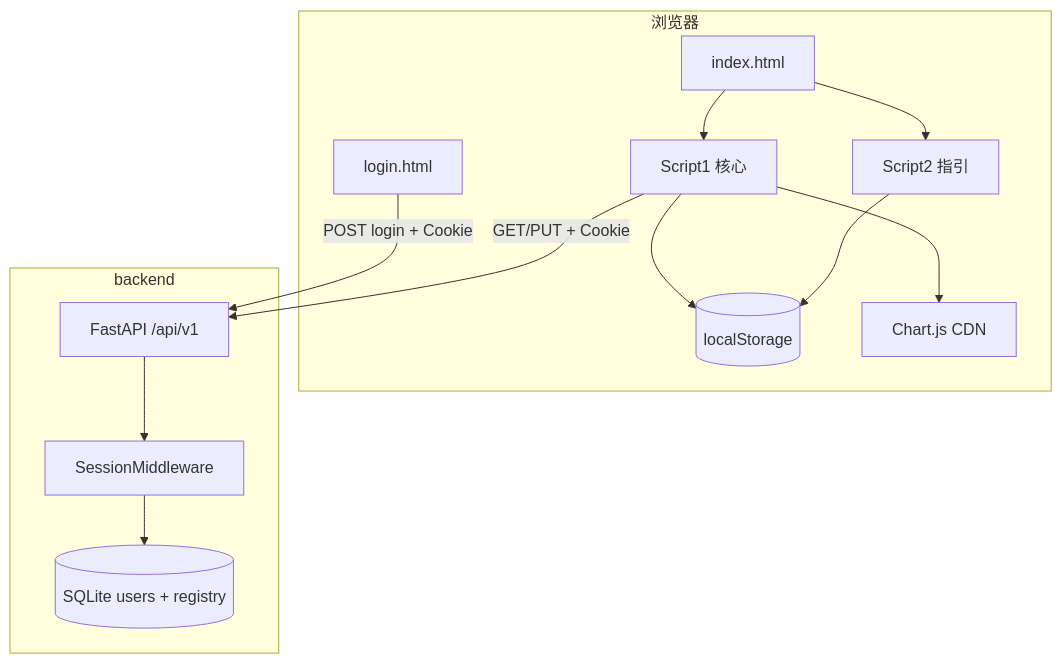
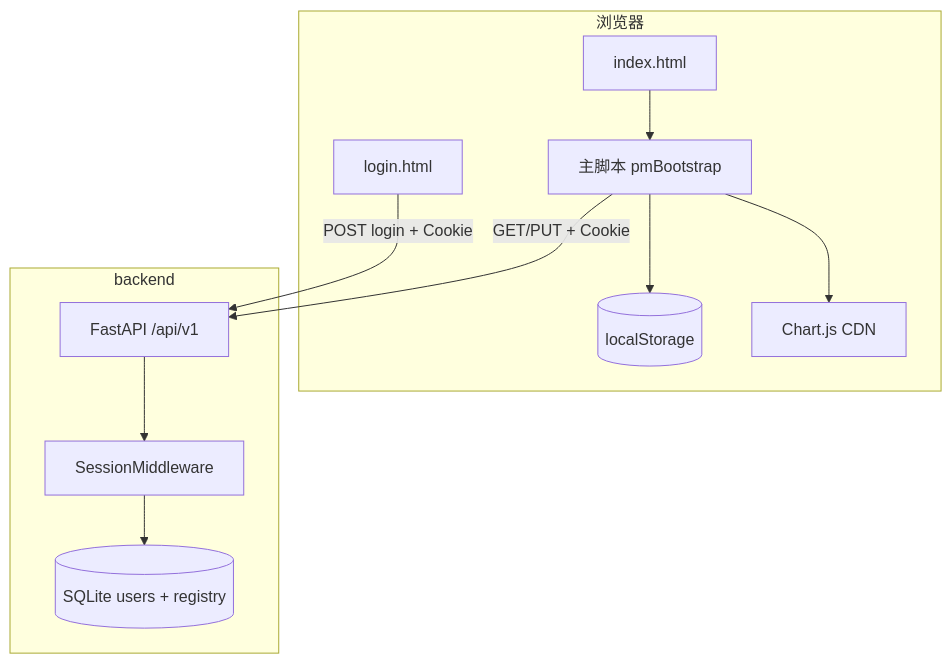
One commit to sky-ding/test changed the first of 2 diagrams in docs/技术设计文档-项目管理登记工具.md. Above: the diagram before and after it, drawn with Mermaid. The commit also changed other lines of this file and 4 other files, not shown here.

````diff
--- a/docs/技术设计文档-项目管理登记工具.md
+++ b/docs/技术设计文档-项目管理登记工具.md
@@ -21,25 +20,22 @@
 ```mermaid
 flowchart TB
   subgraph Browser["浏览器"]
     LOGIN[login.html]
     HTML[index.html]
-    S1[Script1 核心]
-    S2[Script2 指引]
+    S1[主脚本 pmBootstrap]
     LS[(localStorage)]
     CDN[Chart.js CDN]
   end
   subgraph Server["backend"]
     API[FastAPI /api/v1]
     SESS[SessionMiddleware]
     DB[(SQLite users + registry)]
   end
   LOGIN -->|POST login + Cookie| API
   HTML --> S1
-  HTML --> S2
   S1 --> LS
-  S2 --> LS
   S1 --> CDN
   S1 -->|GET/PUT + Cookie| API
   API --> SESS
   SESS --> DB
 ```
````
